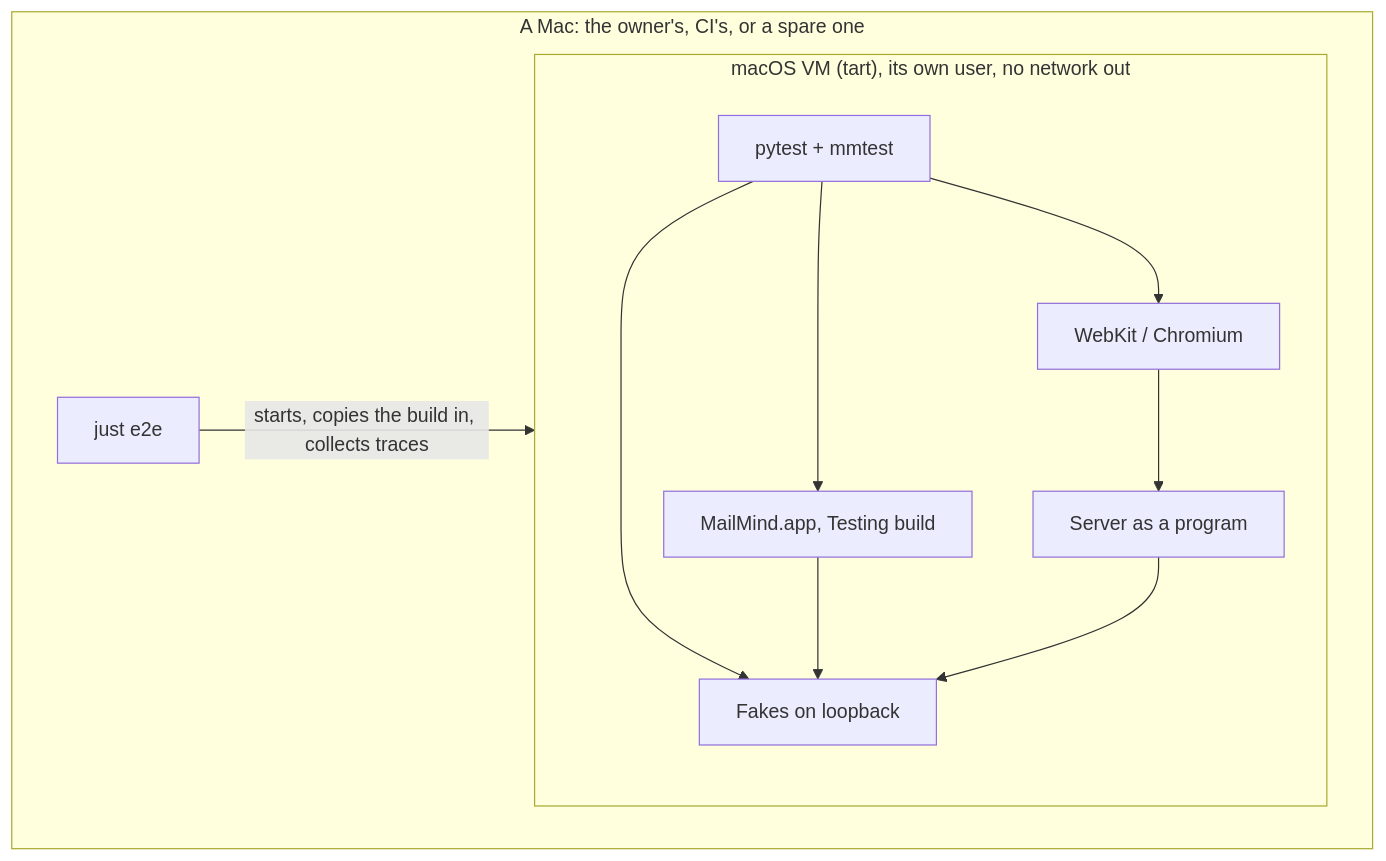
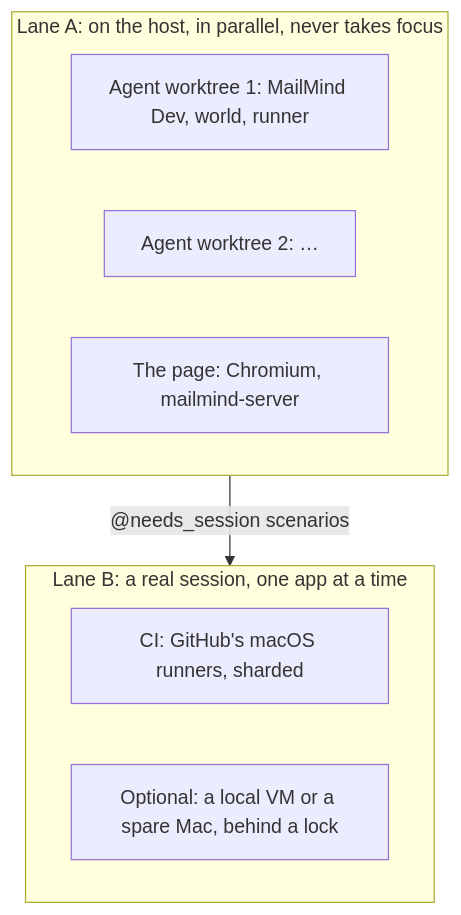
One commit to lanterno/mailmind changed the second of 2 diagrams in docs/test-architecture.md. Above: the diagram before and after it, drawn with Mermaid. The commit also changed other lines of this file and 1 other file, not shown here.

Commit message:
Revise the end-to-end framework after review: two lanes, MailMind Dev and its seams, one test clock, settling on event ids, mm, plain Python

````diff
--- a/docs/test-architecture.md
+++ b/docs/test-architecture.md
@@ -286,12 +317,13 @@
 ```mermaid
 flowchart TB
-    subgraph Host["A Mac: the owner's, CI's, or a spare one"]
-        subgraph VM["macOS VM (tart), its own user, no network out"]
-            R[pytest + mmtest] --> F[Fakes on loopback]
-            R --> A[MailMind.app, Testing build]
-            R --> B[WebKit / Chromium] --> P[Server as a program]
-            A & P --> F
-        end
-        H[just e2e] -->|starts, copies the build in, collects traces| VM
+    subgraph A["Lane A: on the host, in parallel, never takes focus"]
+        A1[Agent worktree 1: MailMind Dev, world, runner]
+        A2[Agent worktree 2: …]
+        A3[The page: Chromium, mailmind-server]
     end
+    subgraph B["Lane B: a real session, one app at a time"]
+        B1[CI: GitHub's macOS runners, sharded]
+        B2[Optional: a local VM or a spare Mac, behind a lock]
+    end
+    A -->|"@needs_session scenarios"| B
 ```
````
